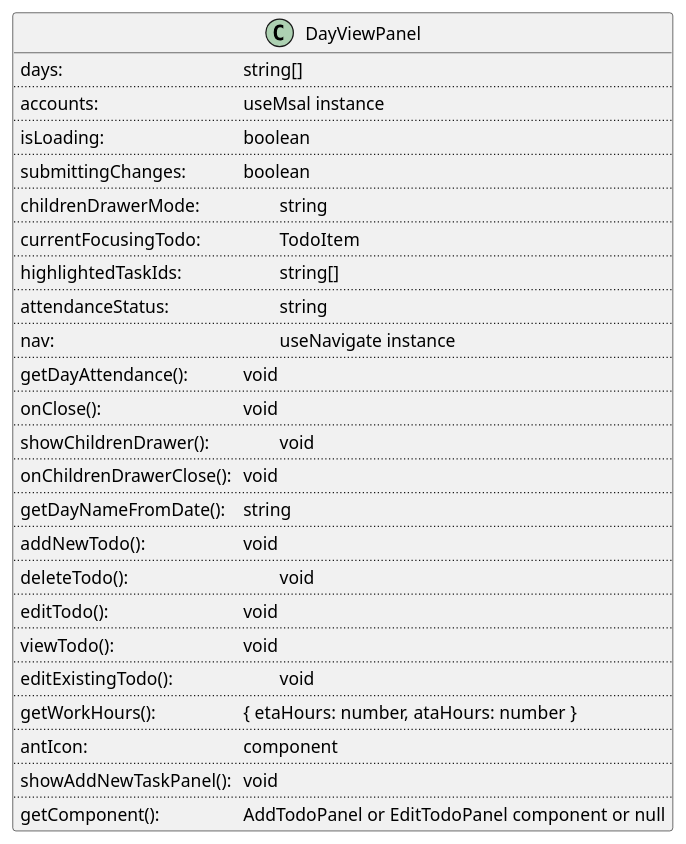
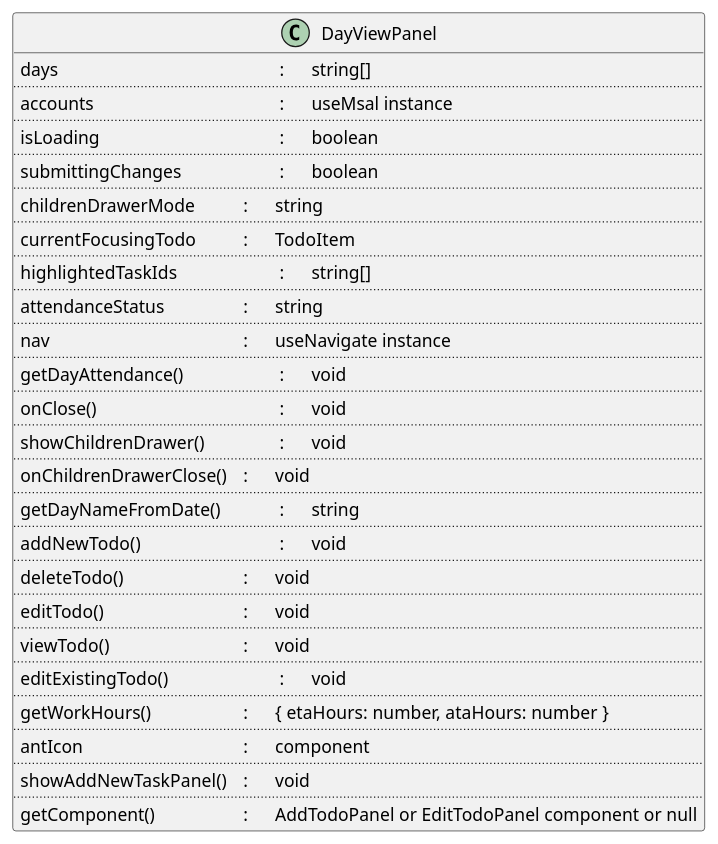
Before and after one commit to avasoft-mobility/workday-design: the diagram in frontend/components/day_view_panel/day_view_panel.class.puml, drawn with PlantUML.

Commit message:
Format day view panel class design

```diff
--- a/frontend/components/day_view_panel/day_view_panel.class.puml
+++ b/frontend/components/day_view_panel/day_view_panel.class.puml
@@ -1,50 +1,50 @@
 @startuml DayViewPanel
 
 class DayViewPanel {
-    days: \t\t\t\t\t string[]
+    days\t\t\t\t\t\t : \tstring[]
     ..
-    accounts: \t\t\t\t useMsal instance
+    accounts\t\t\t\t\t : \tuseMsal instance
     ..
-    isLoading: \t\t\t\t boolean
+    isLoading\t\t\t\t\t : \tboolean
     ..
-    submittingChanges: \t\t boolean
+    submittingChanges\t\t\t : \tboolean
     ..
-    childrenDrawerMode: \t\t string
+    childrenDrawerMode\t\t : \tstring
     ..
-    currentFocusingTodo: \t\t TodoItem
+    currentFocusingTodo\t\t : \tTodoItem
     ..
-    highlightedTaskIds: \t\t\t string[]
+    highlightedTaskIds\t\t\t :  \tstring[]
     ..
-    attendanceStatus: \t\t\t string
+    attendanceStatus\t\t\t :  \tstring
     ..
-    nav: \t\t\t\t\t\t useNavigate instance
+    nav\t\t\t\t\t\t :  \tuseNavigate instance
     ..
-    getDayAttendance(): \t\t void
+    getDayAttendance()\t\t\t : \tvoid
     ..
-    onClose(): \t\t\t\t void
+    onClose()\t\t\t\t\t : \tvoid
     ..
-    showChildrenDrawer(): \t\t void
+    showChildrenDrawer()\t\t : \tvoid
     ..
-    onChildrenDrawerClose(): \t void
+    onChildrenDrawerClose()\t : \tvoid
     ..
-    getDayNameFromDate(): \t string
+    getDayNameFromDate()\t\t : \tstring
     ..
-    addNewTodo(): \t\t\t void
+    addNewTodo()\t\t\t\t : \tvoid
     ..
-    deleteTodo(): \t\t\t\t void
+    deleteTodo()\t\t\t\t : \tvoid
     ..
-    editTodo(): \t\t\t\t void
+    editTodo()\t\t\t\t : \tvoid
     ..
-    viewTodo(): \t\t\t\t void
+    viewTodo()\t\t\t\t : \tvoid
     ..
-    editExistingTodo(): \t\t\t void
+    editExistingTodo()\t\t\t : \tvoid
     ..
-    getWorkHours(): \t\t\t { etaHours: number, ataHours: number }
+    getWorkHours()\t\t\t : \t{ etaHours: number, ataHours: number }
     ..
-    antIcon: \t\t\t\t\t component
+    antIcon\t\t\t\t\t : \tcomponent
     ..
-    showAddNewTaskPanel(): \t void
+    showAddNewTaskPanel()\t : \tvoid
     ..
-    getComponent(): \t\t\t AddTodoPanel or EditTodoPanel component or null
+    getComponent()\t\t\t : \tAddTodoPanel or EditTodoPanel component or null
 }
 @enduml
```
